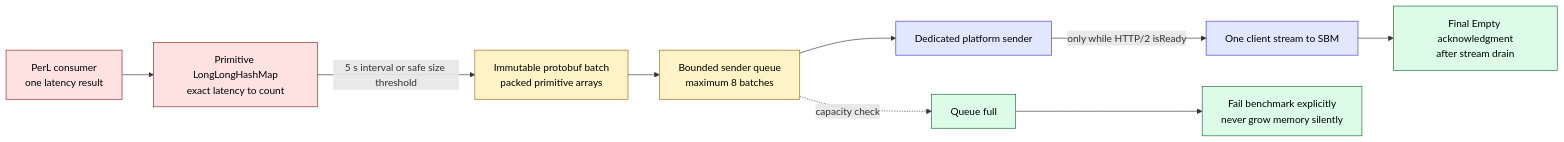
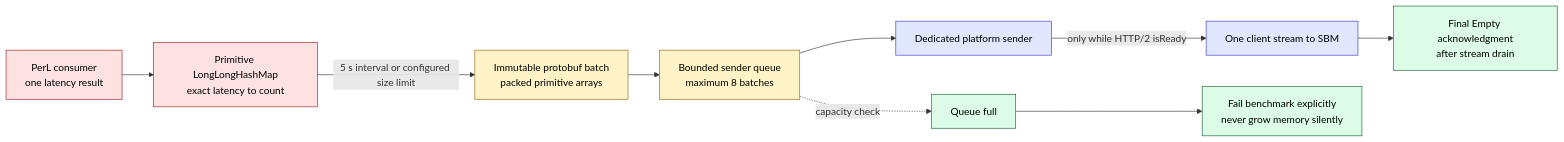
One commit to kmgowda/SBK changed diagram 22 of 43 in docs/sbk-internals.md. Above: the diagram before and after it, drawn with Mermaid. The commit also changed other lines of this file and 4 other files, not shown here.

````diff
--- a/docs/sbk-internals.md
+++ b/docs/sbk-internals.md
@@ -1626,21 +1628,21 @@
 ```mermaid
 flowchart LR
     P["PerL consumer<br/>one latency result"] --> A["Primitive LongLongHashMap<br/>exact latency to count"]
-    A -->|"5 s interval or safe size threshold"| B["Immutable protobuf batch<br/>packed primitive arrays"]
+    A -->|"5 s interval or configured size limit"| B["Immutable protobuf batch<br/>packed primitive arrays"]
     B --> Q["Bounded sender queue<br/>maximum 8 batches"]
     Q --> T["Dedicated platform sender"]
     T -->|"only while HTTP/2 isReady"| S["One client stream to SBM"]
     S --> ACK["Final Empty acknowledgment<br/>after stream drain"]
 
     FULL["Queue full"] --> FAIL["Fail benchmark explicitly<br/>never grow memory silently"]
     Q -. capacity check .-> FULL
 
     classDef hot fill:#fee2e2,stroke:#991b1b,color:#000
     classDef batch fill:#fef3c7,stroke:#a16207,color:#000
     classDef transport fill:#e0e7ff,stroke:#4338ca,color:#000
     classDef safe fill:#dcfce7,stroke:#166534,color:#000
     class P,A hot
     class B,Q batch
     class T,S transport
     class ACK,FULL,FAIL safe
 ```
````
